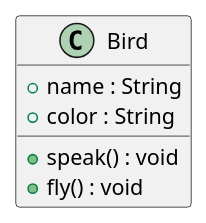
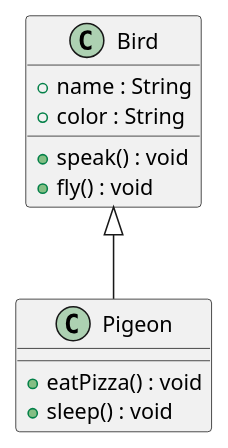
Before and after one commit to JavidRMir/introduction-to-oop-project: the diagram in src/Bird.puml, drawn with PlantUML. The commit also changed 4 other files, not shown here.

```diff
--- a/src/Bird.puml
+++ b/src/Bird.puml
@@ -1,10 +1,17 @@
 @startuml
 
 class Bird {
     + name : String
     + color : String
     + speak() : void
     + fly() : void
 }
 
+class Pigeon {
+    + eatPizza() : void
+    + sleep() : void
+}
+
+Bird <|-- Pigeon
+
 @enduml
```
